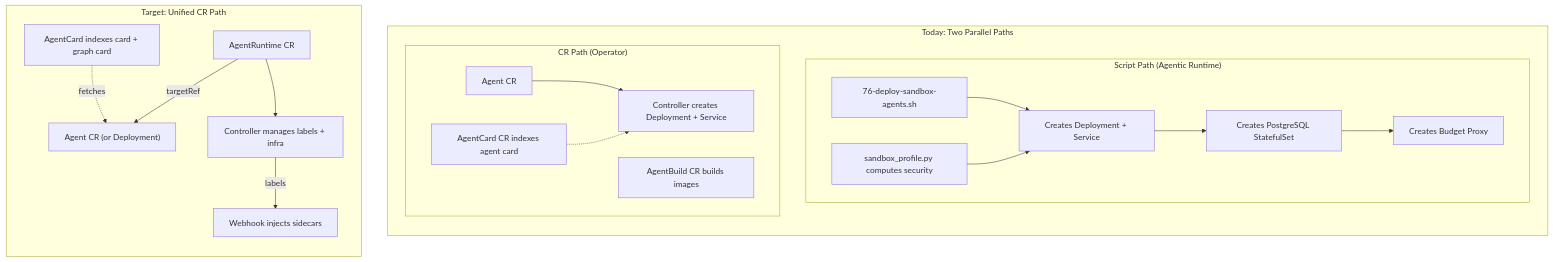
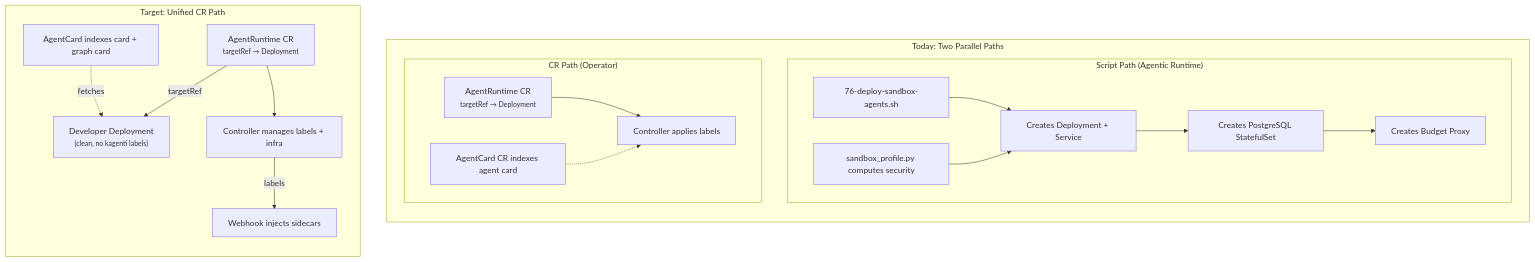
The first of 9 diagrams in docs/agentic-runtime/operator-alignment.md (kagenti/kagenti), drawn with Mermaid before and after one commit. The commit also changed other lines of this file, not shown here.

First line of the commit message:
docs: fix operator alignment — AgentRuntime targets Deployments not Agent CRs

````diff
--- a/docs/agentic-runtime/operator-alignment.md
+++ b/docs/agentic-runtime/operator-alignment.md
@@ -16,39 +16,38 @@
 ```mermaid
 flowchart TB
     subgraph today["Today: Two Parallel Paths"]
         direction TB
 
         subgraph scripts["Script Path (Agentic Runtime)"]
             S1["76-deploy-sandbox-agents.sh"]
             S2["Creates Deployment + Service"]
             S3["Creates PostgreSQL StatefulSet"]
             S4["Creates Budget Proxy"]
             S5["sandbox_profile.py computes security"]
             S1 --> S2 --> S3 --> S4
             S5 --> S2
         end
 
         subgraph operator["CR Path (Operator)"]
-            O1["Agent CR"]
-            O2["Controller creates Deployment + Service"]
+            O1["AgentRuntime CR<br/><small>targetRef → Deployment</small>"]
+            O2["Controller applies labels"]
             O3["AgentCard CR indexes agent card"]
-            O4["AgentBuild CR builds images"]
             O1 --> O2
             O3 -.-> O2
         end
     end
 
     subgraph target["Target: Unified CR Path"]
         direction TB
-        T1["AgentRuntime CR"]
-        T2["Agent CR (or Deployment)"]
+        T1["Developer Deployment<br/><small>(clean, no kagenti labels)</small>"]
+        T2["AgentRuntime CR<br/><small>targetRef → Deployment</small>"]
         T3["Controller manages labels + infra"]
         T4["Webhook injects sidecars"]
         T5["AgentCard indexes card + graph card"]
 
-        T1 -->|"targetRef"| T2
-        T1 --> T3
+        T2 -->|"targetRef"| T1
+        T2 --> T3
         T3 -->|"labels"| T4
-        T5 -.->|"fetches"| T2
+        T5 -.->|"fetches"| T1
     end
 ```
````
